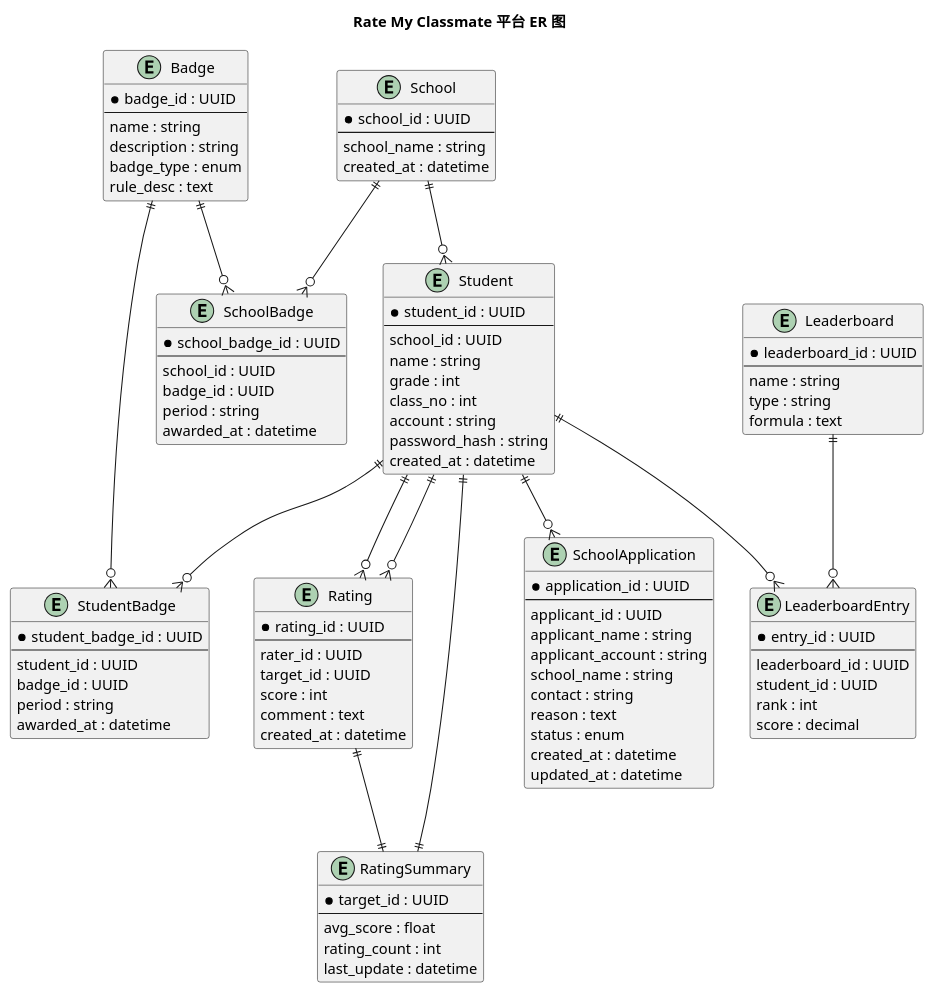
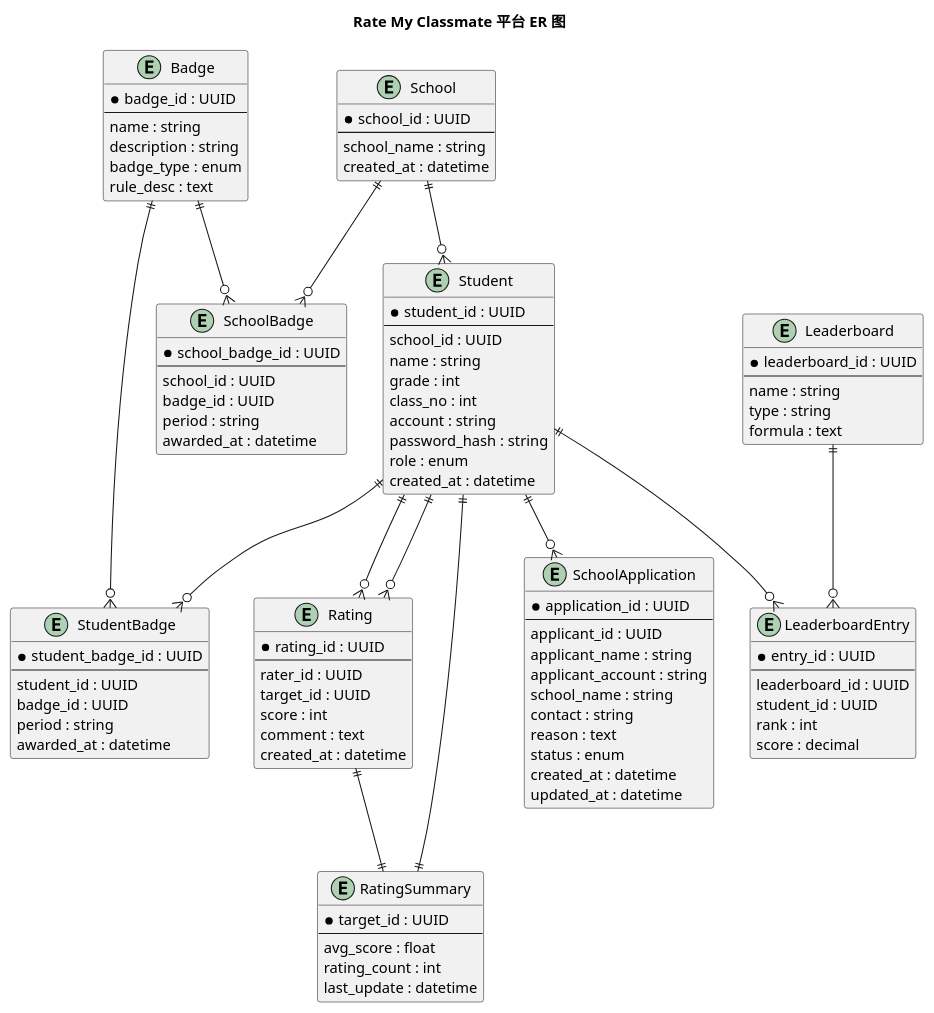
Before and after one commit to Tylerzhangyi/Rate-Classmates: the diagram in er-diagram.puml, drawn with PlantUML. The commit also changed 5 other files, not shown here.

```diff
--- a/er-diagram.puml
+++ b/er-diagram.puml
@@ -1,112 +1,113 @@
 @startuml RateMyClassmateER
 title Rate My Classmate 平台 ER 图
 
 entity Student {
   *student_id : UUID
   ---
   school_id : UUID
   name : string
   grade : int
   class_no : int
   account : string
   password_hash : string
+  role : enum
   created_at : datetime
 }
 
 entity School {
   *school_id : UUID
   ---
   school_name : string
   created_at : datetime
 }
 
 entity Rating {
   *rating_id : UUID
   ---
   rater_id : UUID
   target_id : UUID
   score : int
   comment : text
   created_at : datetime
 }
 
 entity RatingSummary {
   *target_id : UUID
   ---
   avg_score : float
   rating_count : int
   last_update : datetime
 }
 
 entity Badge {
   *badge_id : UUID
   ---
   name : string
   description : string
   badge_type : enum
   rule_desc : text
 }
 
 entity StudentBadge {
   *student_badge_id : UUID
   ---
   student_id : UUID
   badge_id : UUID
   period : string
   awarded_at : datetime
 }
 
 entity SchoolBadge {
   *school_badge_id : UUID
   ---
   school_id : UUID
   badge_id : UUID
   period : string
   awarded_at : datetime
 }
 
 entity Leaderboard {
   *leaderboard_id : UUID
   ---
   name : string
   type : string
   formula : text
 }
 
 entity LeaderboardEntry {
   *entry_id : UUID
   ---
   leaderboard_id : UUID
   student_id : UUID
   rank : int
   score : decimal
 }
 
 entity SchoolApplication {
   *application_id : UUID
   ---
   applicant_id : UUID
   applicant_name : string
   applicant_account : string
   school_name : string
   contact : string
   reason : text
   status : enum
   created_at : datetime
   updated_at : datetime
 }
 
 School ||--o{ Student
 Student ||--o{ Rating
 Student ||--o{ Rating
 Student ||--|| RatingSummary
 Rating ||--|| RatingSummary
 Student ||--o{ StudentBadge
 Badge ||--o{ StudentBadge
 School ||--o{ SchoolBadge
 Badge ||--o{ SchoolBadge
 Leaderboard ||--o{ LeaderboardEntry
 Student ||--o{ LeaderboardEntry
 Student ||--o{ SchoolApplication
 
 @enduml
```
